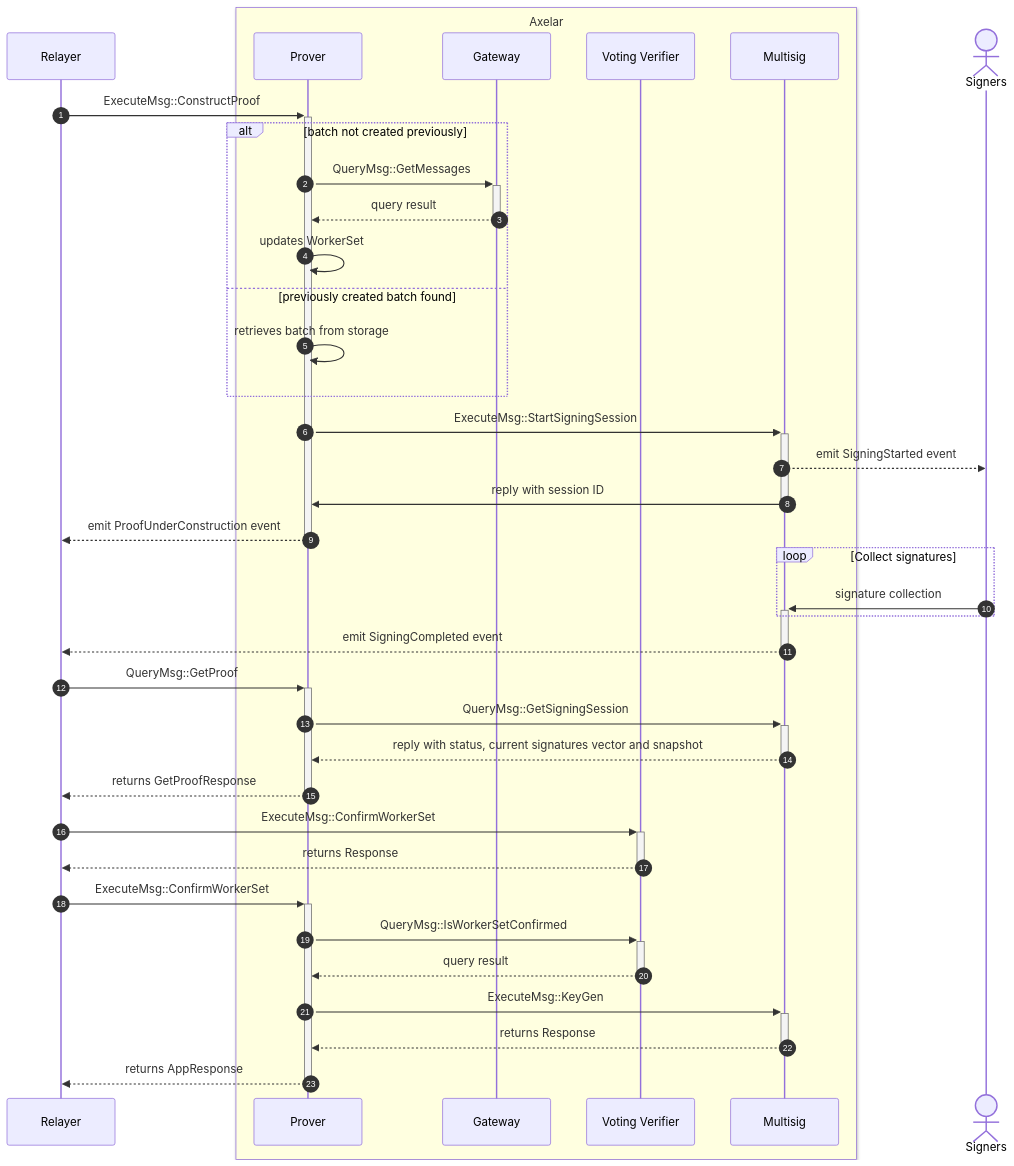
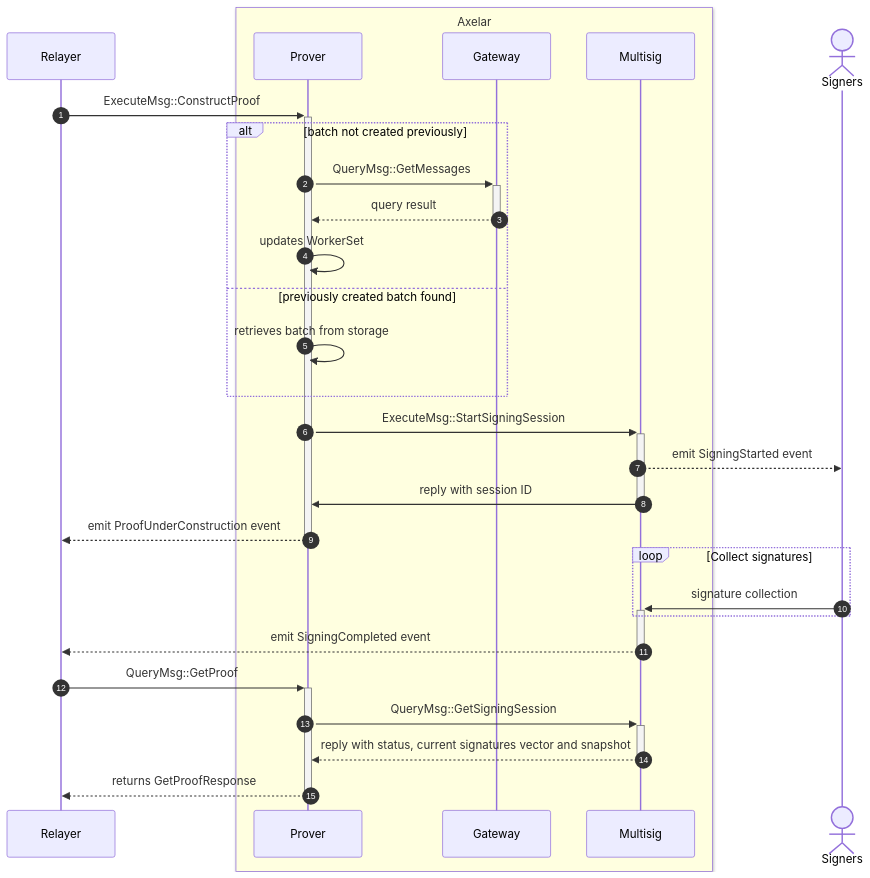
One commit to axelarnetwork/axelar-amplifier changed the second of 3 diagrams in doc/src/contracts/multisig_prover.md. Above: the diagram before and after it, drawn with Mermaid. The commit also changed other lines of this file, not shown here.

Commit message:
Factor out ConfirmWorkerSet sequence

````diff
--- a/doc/src/contracts/multisig_prover.md
+++ b/doc/src/contracts/multisig_prover.md
@@ -29,42 +29,33 @@
 ```mermaid
 sequenceDiagram
 autonumber
 participant Relayer
 box LightYellow Axelar
 participant Prover
 participant Gateway
-participant Voting Verifier
 participant Multisig
 end
 actor Signers
 
 Relayer->>+Prover: ExecuteMsg::ConstructProof
 alt batch not created previously
   Prover->>+Gateway: QueryMsg::GetMessages
   Gateway-->>-Prover: query result
   Prover->>Prover: updates WorkerSet
 else previously created batch found
   Prover->>Prover: retrieves batch from storage
 end
 Prover->>+Multisig: ExecuteMsg::StartSigningSession
 Multisig-->>Signers: emit SigningStarted event
 Multisig->>-Prover: reply with session ID
 Prover-->>Relayer: emit ProofUnderConstruction event
 deactivate Prover
 loop Collect signatures
 	Signers->>+Multisig: signature collection
 end
 Multisig-->>-Relayer: emit SigningCompleted event
 Relayer->>+Prover: QueryMsg::GetProof
 Prover->>+Multisig: QueryMsg::GetSigningSession
 Multisig-->>-Prover: reply with status, current signatures vector and snapshot
 Prover-->>-Relayer: returns GetProofResponse
-Relayer->>+Voting Verifier: ExecuteMsg::ConfirmWorkerSet
-Voting Verifier-->>-Relayer: returns Response
-Relayer->>+Prover: ExecuteMsg::ConfirmWorkerSet
-Prover->>+Voting Verifier:QueryMsg::IsWorkerSetConfirmed
-Voting Verifier-->>-Prover: query result
-Prover->>+Multisig: ExecuteMsg::KeyGen
-Multisig-->>-Prover: returns Response
-Prover-->>-Relayer: returns AppResponse
 ```
````
